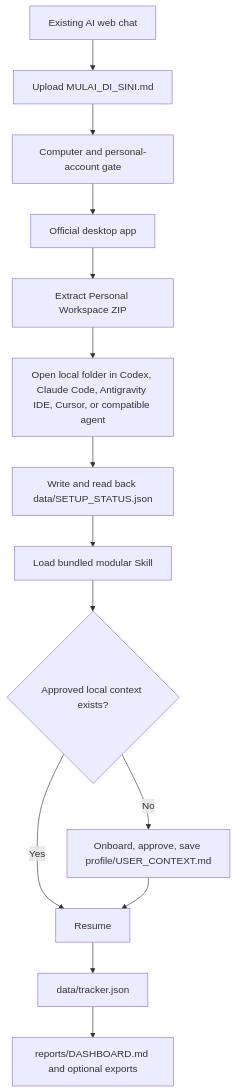
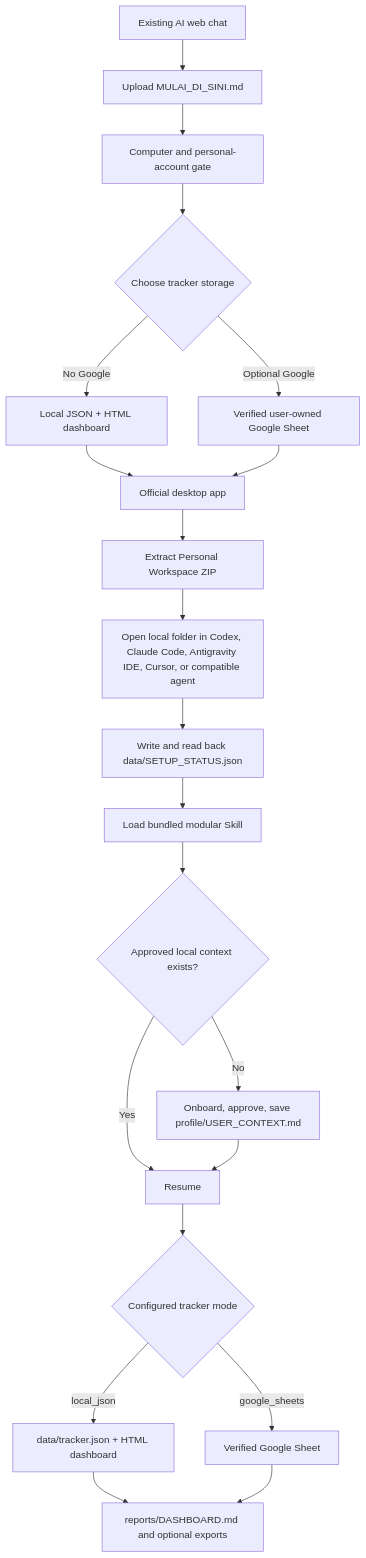
Before and after one commit to argytbh/ai-job-search-os: the diagram in docs/ARCHITECTURE_V1.6.md, drawn with Mermaid. The commit also changed other lines of this file and 39 other files, not shown here.

Commit message:
feat: add optional Google Sheets tracker mode

````diff
--- a/docs/ARCHITECTURE_V1.6.md
+++ b/docs/ARCHITECTURE_V1.6.md
@@ -5,16 +5,23 @@
 ```mermaid
 flowchart TD
     CHAT[Existing AI web chat] --> COACH[Upload MULAI_DI_SINI.md]
     COACH --> SAFE[Computer and personal-account gate]
-    SAFE --> APP[Official desktop app]
+    SAFE --> STORE{Choose tracker storage}
+    STORE -- No Google --> LOCAL[Local JSON + HTML dashboard]
+    STORE -- Optional Google --> SHEETS[Verified user-owned Google Sheet]
+    LOCAL --> APP[Official desktop app]
+    SHEETS --> APP
     APP --> ZIP[Extract Personal Workspace ZIP]
     ZIP --> OPEN[Open local folder in Codex, Claude Code, Antigravity IDE, Cursor, or compatible agent]
     OPEN --> VERIFY[Write and read back data/SETUP_STATUS.json]
     VERIFY --> RUNTIME[Load bundled modular Skill]
     RUNTIME --> CONTEXT{Approved local context exists?}
     CONTEXT -- No --> ONBOARD[Onboard, approve, save profile/USER_CONTEXT.md]
     CONTEXT -- Yes --> ACTIVE[Resume]
     ONBOARD --> ACTIVE
-    ACTIVE --> STATE[data/tracker.json]
+    ACTIVE --> MODE{Configured tracker mode}
+    MODE -- local_json --> STATE[data/tracker.json + HTML dashboard]
+    MODE -- google_sheets --> CLOUD[Verified Google Sheet]
     STATE --> REPORT[reports/DASHBOARD.md and optional exports]
+    CLOUD --> REPORT
 ```
````
